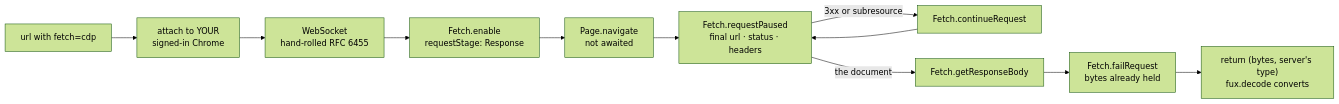
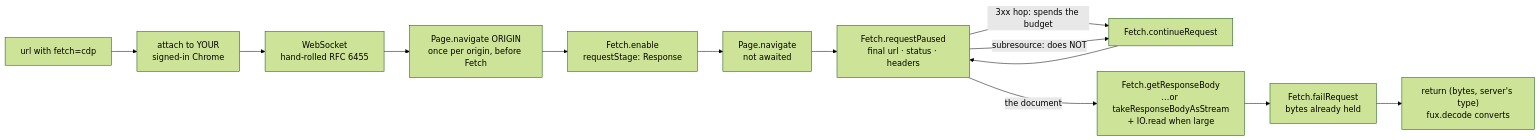
Before and after one commit to arpitarya/fux: the diagram in records/0118_cdp-fetcher.md, drawn with Mermaid (forest theme). The commit also changed other lines of this file and 30 other files, not shown here.

````diff
--- a/records/0118_cdp-fetcher.md
+++ b/records/0118_cdp-fetcher.md
@@ -56,12 +56,14 @@
 ```mermaid
 flowchart LR
     U["url with fetch=cdp"] --> D["attach to YOUR<br/>signed-in Chrome"]
     D --> W["WebSocket<br/>hand-rolled RFC 6455"]
-    W --> F["Fetch.enable<br/>requestStage: Response"]
+    W --> O["Page.navigate ORIGIN<br/>once per origin, before Fetch"]
+    O --> F["Fetch.enable<br/>requestStage: Response"]
     F --> N["Page.navigate<br/>not awaited"]
     N --> P["Fetch.requestPaused<br/>final url · status · headers"]
-    P -->|"3xx or subresource"| C["Fetch.continueRequest"] --> P
-    P -->|"the document"| B["Fetch.getResponseBody"]
+    P -->|"3xx hop: spends the budget"| C["Fetch.continueRequest"] --> P
+    P -->|"subresource: does NOT"| C
+    P -->|"the document"| B["Fetch.getResponseBody<br/>…or takeResponseBodyAsStream<br/>+ IO.read when large"]
     B --> A["Fetch.failRequest<br/>bytes already held"]
     A --> R["return (bytes, server's type)<br/>fux.decode converts"]
 ```
````
